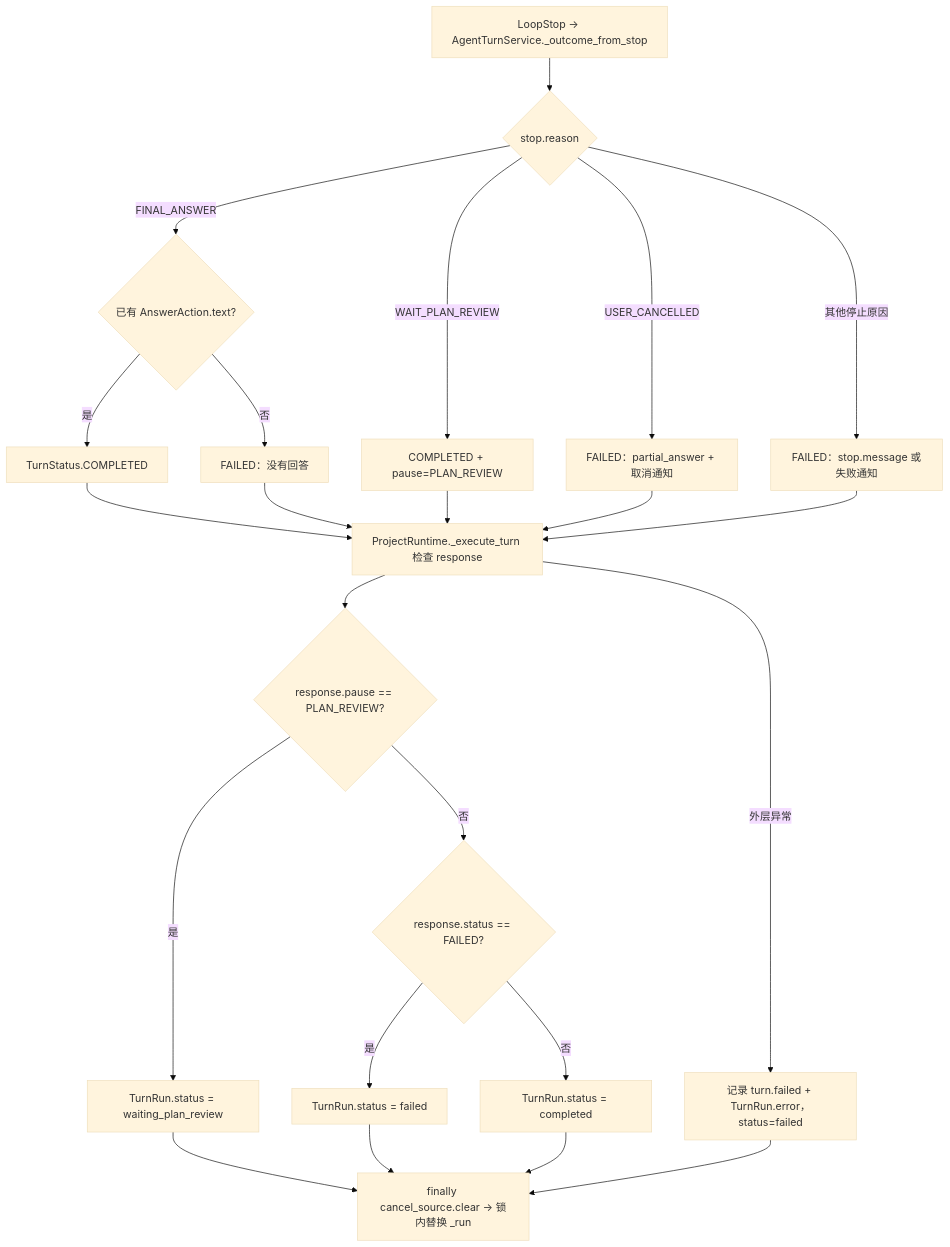
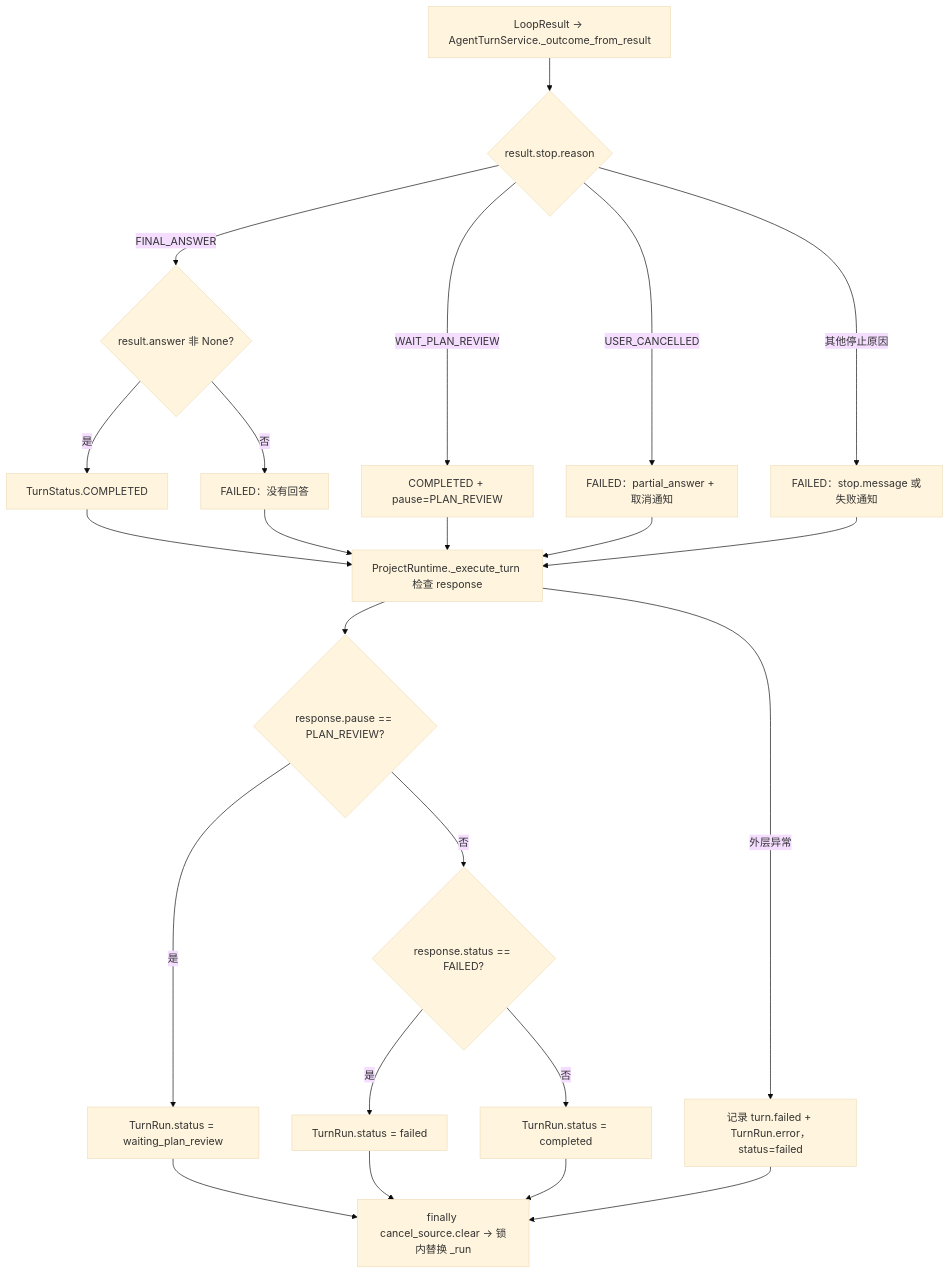
Before and after one commit to qubaolai/ForgeCLI: the ninth of 54 diagrams in docs/06-代码阅读线路.md, drawn with Mermaid (base theme). The commit also changed other lines of this file and 59 other files, not shown here.

````diff
--- a/docs/06-代码阅读线路.md
+++ b/docs/06-代码阅读线路.md
@@ -399,25 +413,25 @@
 ```mermaid
 flowchart TD
-    A["LoopStop → AgentTurnService._outcome_from_stop"] --> B{"stop.reason"}
-    B -->|FINAL_ANSWER| C{"已有 AnswerAction.text?"}
+    A["LoopResult → AgentTurnService._outcome_from_result"] --> B{"result.stop.reason"}
+    B -->|FINAL_ANSWER| C{"result.answer 非 None?"}
     C -->|是| D["TurnStatus.COMPLETED"]
     C -->|否| E["FAILED：没有回答"]
     B -->|WAIT_PLAN_REVIEW| F["COMPLETED + pause=PLAN_REVIEW"]
     B -->|USER_CANCELLED| G["FAILED：partial_answer + 取消通知"]
     B -->|其他停止原因| H["FAILED：stop.message 或失败通知"]
     D --> I["ProjectRuntime._execute_turn 检查 response"]
     E --> I
     F --> I
     G --> I
     H --> I
     I --> J{"response.pause == PLAN_REVIEW?"}
     J -->|是| K["TurnRun.status = waiting_plan_review"]
     J -->|否| L{"response.status == FAILED?"}
     L -->|是| M["TurnRun.status = failed"]
     L -->|否| N["TurnRun.status = completed"]
     I -->|外层异常| O["记录 turn.failed + TurnRun.error，status=failed"]
     K --> P["finally cancel_source.clear → 锁内替换 _run"]
     M --> P
     N --> P
     O --> P
 ```
````
